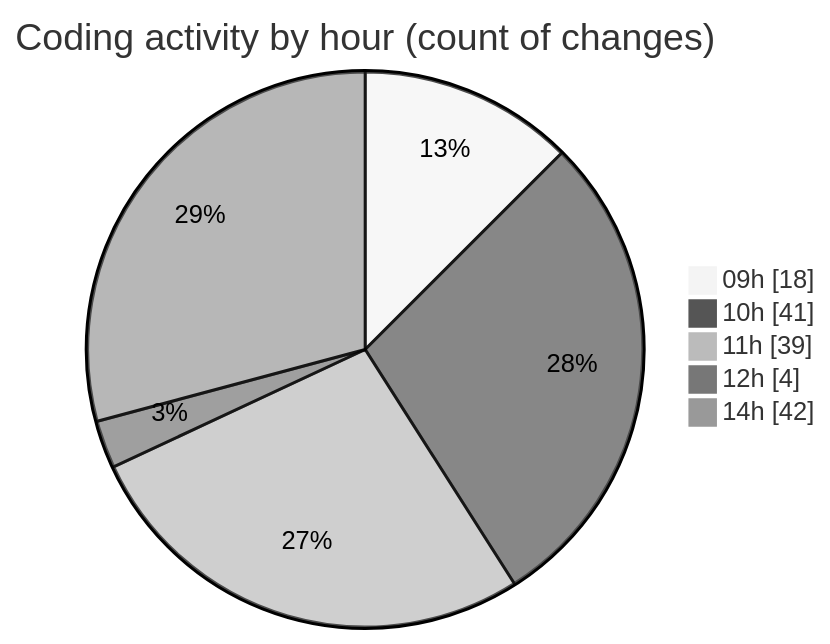
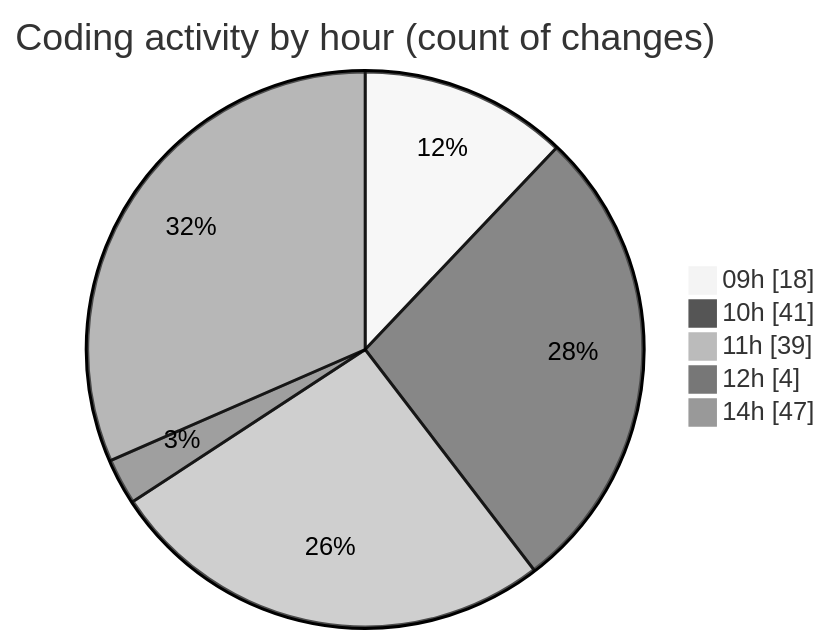
The second of 2 diagrams in 2025-02-11/cda/README.md (momahboobian/code-tracking), drawn with Mermaid (neutral theme) before and after one commit. The commit also changed other lines of this file and 1 other file, not shown here.

````diff
--- a/2025-02-11/cda/README.md
+++ b/2025-02-11/cda/README.md
@@ -32,9 +34,9 @@
 ```mermaid
 pie showData
 title Coding activity by hour (count of changes)
 "09h" : 18
 "10h" : 41
 "11h" : 39
 "12h" : 4
-"14h" : 42
+"14h" : 47
 ```
````
